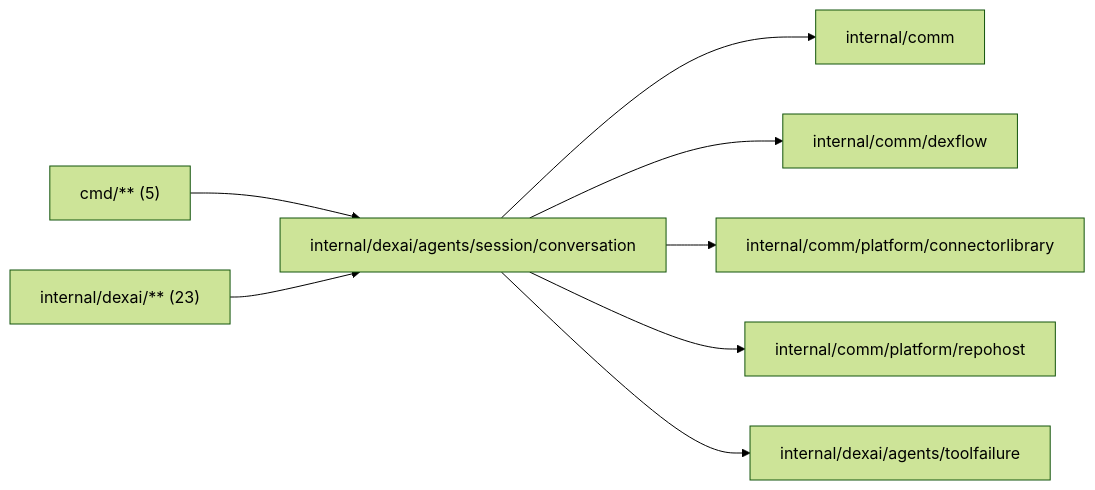
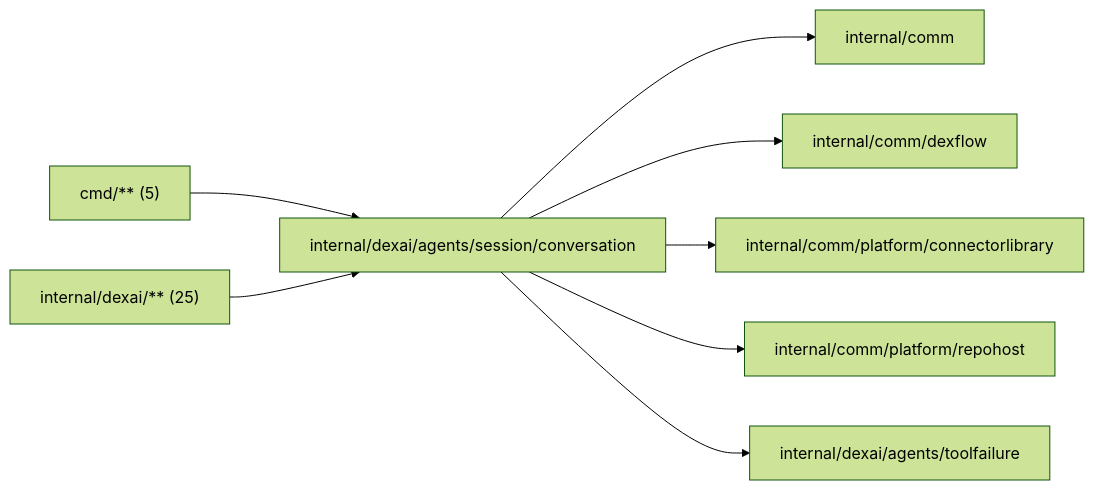
Before and after one commit to superdurable/superverse: the diagram in internal/dexai/agents/session/conversation/README.md, drawn with Mermaid (forest theme). The commit also changed other lines of this file and 112 other files, not shown here.

````diff
--- a/internal/dexai/agents/session/conversation/README.md
+++ b/internal/dexai/agents/session/conversation/README.md
@@ -10,11 +10,11 @@
 ```mermaid
 flowchart LR
   self["internal/dexai/agents/session/conversation"]
   c0["cmd/** (5)"] --> self
-  c1["internal/dexai/** (23)"] --> self
+  c1["internal/dexai/** (25)"] --> self
   self --> d0["internal/comm"]
   self --> d1["internal/comm/dexflow"]
   self --> d2["internal/comm/platform/connectorlibrary"]
   self --> d3["internal/comm/platform/repohost"]
   self --> d4["internal/dexai/agents/toolfailure"]
 ```
````
